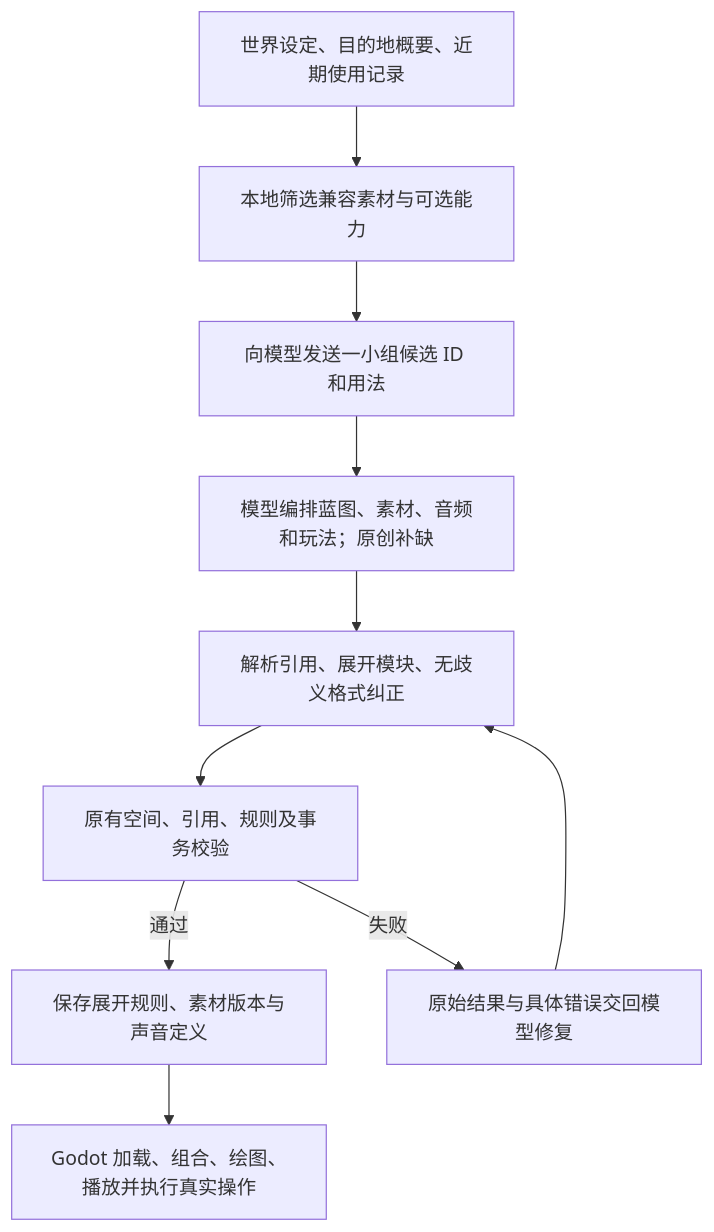
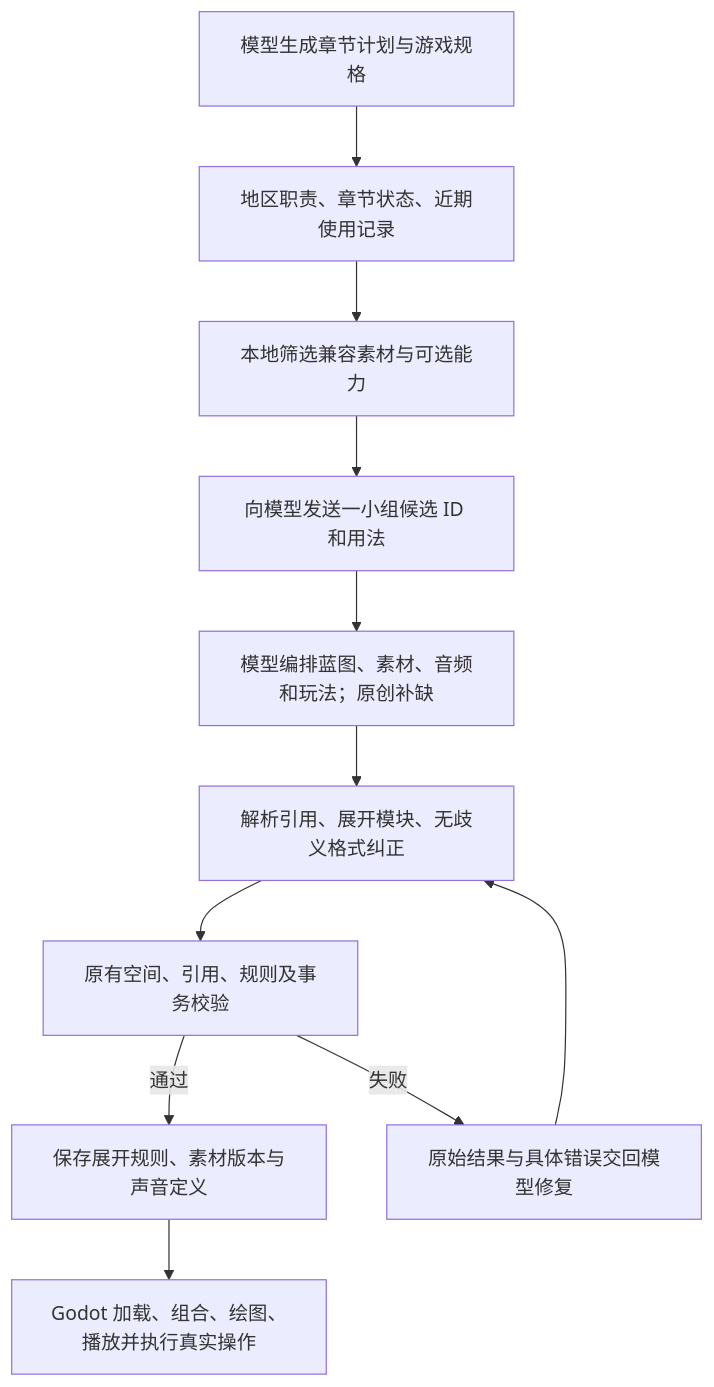
The diagram in docs/HYBRID_CONTENT.md (DDDFXYqiming/everweave-jrpg), drawn with Mermaid before and after one commit. The commit also changed other lines of this file and 14 other files, not shown here.

````diff
--- a/docs/HYBRID_CONTENT.md
+++ b/docs/HYBRID_CONTENT.md
@@ -7,12 +7,13 @@
 ```mermaid
 flowchart TD
-  A[世界设定、目的地概要、近期使用记录] --> B[本地筛选兼容素材与可选能力]
+  P[模型生成章节计划与游戏规格] --> A[地区职责、章节状态、近期使用记录]
+  A --> B[本地筛选兼容素材与可选能力]
   B --> C[向模型发送一小组候选 ID 和用法]
   C --> D[模型编排蓝图、素材、音频和玩法；原创补缺]
   D --> E[解析引用、展开模块、无歧义格式纠正]
   E --> F[原有空间、引用、规则及事务校验]
   F -->|通过| G[保存展开规则、素材版本与声音定义]
   F -->|失败| H[原始结果与具体错误交回模型修复]
   H --> E
   G --> I[Godot 加载、组合、绘图、播放并执行真实操作]
 ```
````
